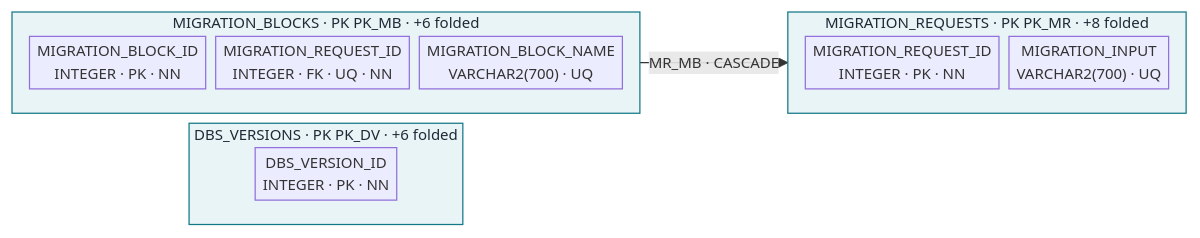
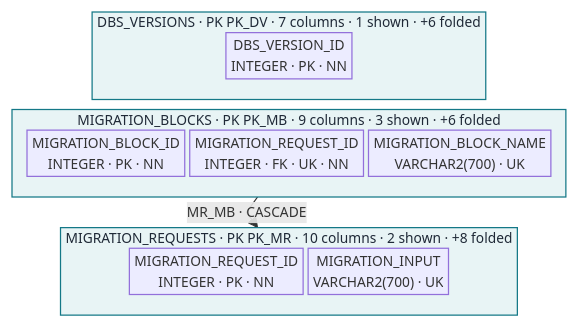
One commit to todor-ivanov/dbs2go changed the ninth of 9 diagrams in docs/schema/README.domains.md. Above: the diagram before and after it, drawn with Mermaid. The commit also changed other lines of this file and 12 other files, not shown here.

````diff
--- a/docs/schema/README.domains.md
+++ b/docs/schema/README.domains.md
@@ -659,23 +644,25 @@
 ```mermaid
-%%{init: {"flowchart": {"nodeSpacing": 8, "rankSpacing": 14, "curve": "linear", "padding": 3}, "themeVariables": {"fontSize": "12px"}}}%%
-flowchart LR
-  subgraph n_sg_DBS_VERSIONS["DBS_VERSIONS · PK PK_DV · +6 folded"]
+%%{init: {"flowchart": {"nodeSpacing": 4, "rankSpacing": 8, "curve": "linear", "padding": 2}, "themeVariables": {"fontSize": "11px"}}}%%
+flowchart TB
+  subgraph n_sg_DBS_VERSIONS["DBS_VERSIONS · PK PK_DV · 7 columns · 1 shown · +6 folded"]
     direction TB
     n_DBS_VERSIONS__DBS_VERSION_ID["DBS_VERSION_ID<br/>INTEGER · PK · NN"]
   end
   style n_sg_DBS_VERSIONS fill:#E8F4F5,stroke:#147887,color:#1f2937
-  subgraph n_sg_MIGRATION_BLOCKS["MIGRATION_BLOCKS · PK PK_MB · +6 folded"]
+  subgraph n_sg_MIGRATION_BLOCKS["MIGRATION_BLOCKS · PK PK_MB · 9 columns · 3 shown · +6 folded"]
     direction TB
     n_MIGRATION_BLOCKS__MIGRATION_BLOCK_ID["MIGRATION_BLOCK_ID<br/>INTEGER · PK · NN"]
-    n_MIGRATION_BLOCKS__MIGRATION_REQUEST_ID["MIGRATION_REQUEST_ID<br/>INTEGER · FK · UQ · NN"]
-    n_MIGRATION_BLOCKS__MIGRATION_BLOCK_NAME["MIGRATION_BLOCK_NAME<br/>VARCHAR2(700) · UQ"]
+    n_MIGRATION_BLOCKS__MIGRATION_REQUEST_ID["MIGRATION_REQUEST_ID<br/>INTEGER · FK · UK · NN"]
+    n_MIGRATION_BLOCKS__MIGRATION_BLOCK_NAME["MIGRATION_BLOCK_NAME<br/>VARCHAR2(700) · UK"]
   end
   style n_sg_MIGRATION_BLOCKS fill:#E8F4F5,stroke:#147887,color:#1f2937
-  subgraph n_sg_MIGRATION_REQUESTS["MIGRATION_REQUESTS · PK PK_MR · +8 folded"]
+  subgraph n_sg_MIGRATION_REQUESTS["MIGRATION_REQUESTS · PK PK_MR · 10 columns · 2 shown · +8 folded"]
     direction TB
     n_MIGRATION_REQUESTS__MIGRATION_REQUEST_ID["MIGRATION_REQUEST_ID<br/>INTEGER · PK · NN"]
-    n_MIGRATION_REQUESTS__MIGRATION_INPUT["MIGRATION_INPUT<br/>VARCHAR2(700) · UQ"]
+    n_MIGRATION_REQUESTS__MIGRATION_INPUT["MIGRATION_INPUT<br/>VARCHAR2(700) · UK"]
   end
   style n_sg_MIGRATION_REQUESTS fill:#E8F4F5,stroke:#147887,color:#1f2937
+  n_sg_DBS_VERSIONS ~~~ n_sg_MIGRATION_BLOCKS
+  n_sg_MIGRATION_BLOCKS ~~~ n_sg_MIGRATION_REQUESTS
   n_MIGRATION_BLOCKS__MIGRATION_REQUEST_ID -->|"MR_MB · CASCADE"| n_MIGRATION_REQUESTS__MIGRATION_REQUEST_ID
 ```
````
